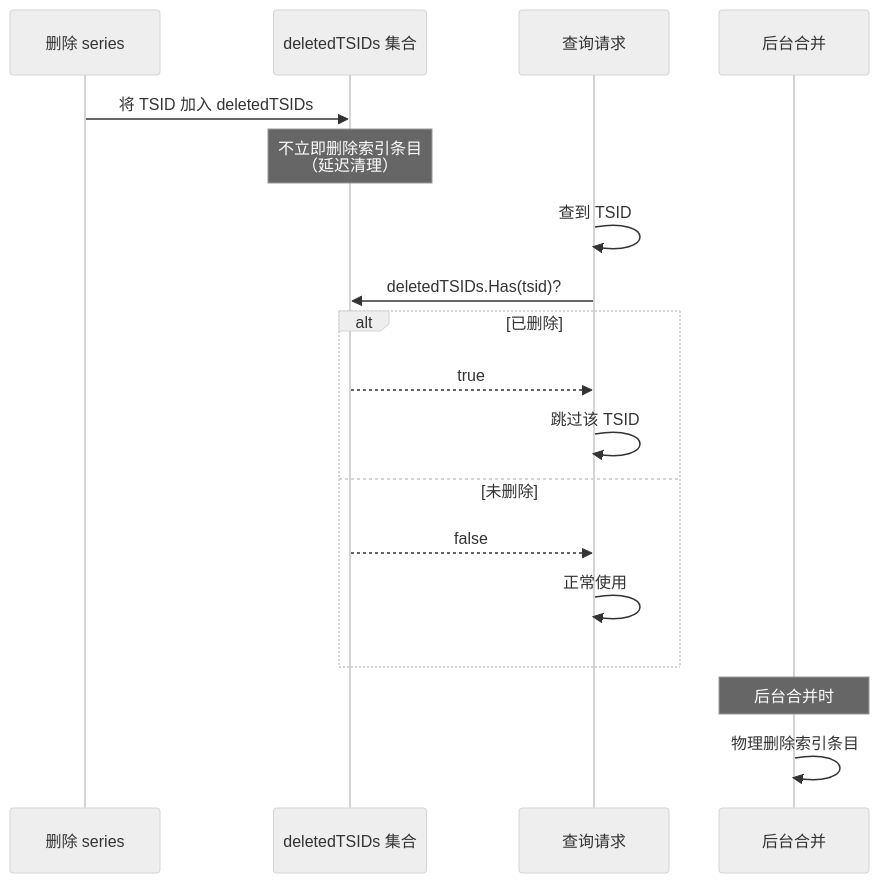
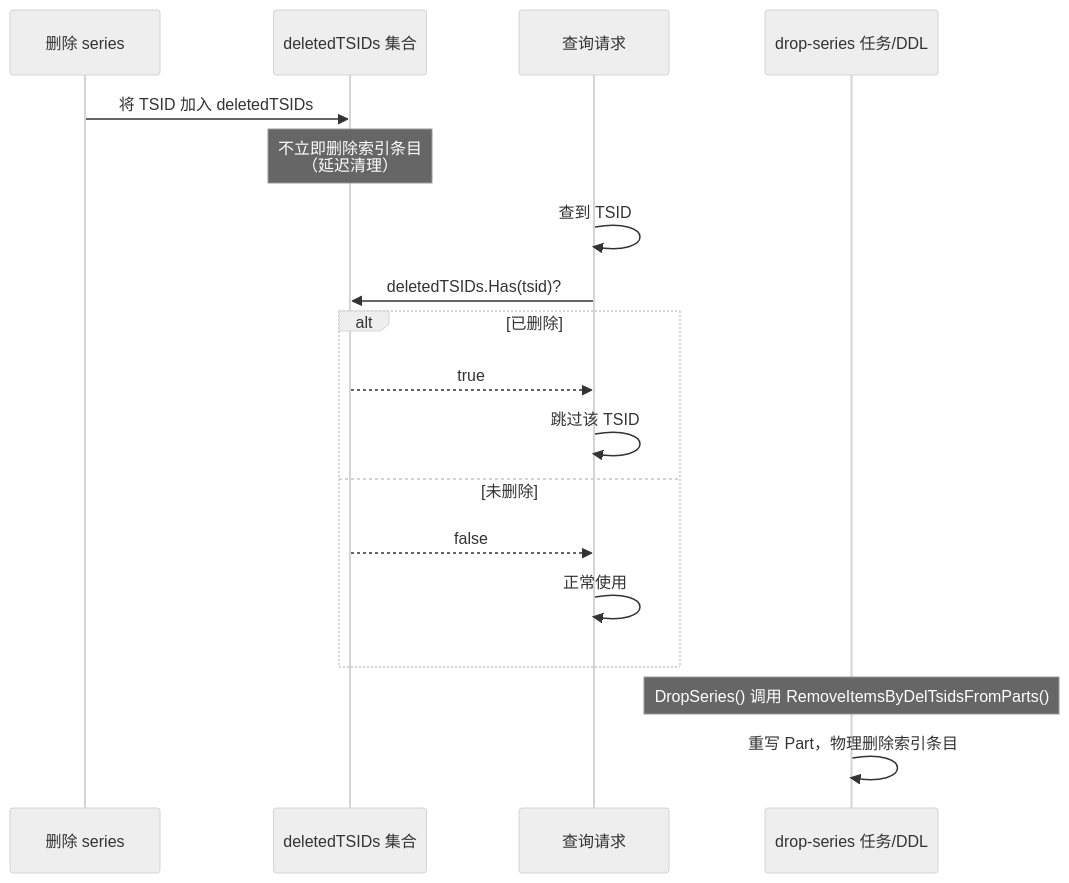
Diagram 31 of 47 in docs/specs/02_index_system_spec.md (stefanv5/openGemini), drawn with Mermaid (neutral theme) before and after one commit. The commit also changed other lines of this file and 37 other files, not shown here.

````diff
--- a/docs/specs/02_index_system_spec.md
+++ b/docs/specs/02_index_system_spec.md
@@ -2909,23 +3001,23 @@
 ```mermaid
 sequenceDiagram
     participant Delete as 删除 series
     participant Set as deletedTSIDs 集合
     participant Query as 查询请求
-    participant Compact as 后台合并
+    participant Drop as drop-series 任务/DDL
 
     Delete->>Set: 将 TSID 加入 deletedTSIDs
     Note over Set: 不立即删除索引条目<br/>（延迟清理）
 
     Query->>Query: 查到 TSID
     Query->>Set: deletedTSIDs.Has(tsid)?
     alt 已删除
         Set-->>Query: true
         Query->>Query: 跳过该 TSID
     else 未删除
         Set-->>Query: false
         Query->>Query: 正常使用
     end
 
-    Note over Compact: 后台合并时
-    Compact->>Compact: 物理删除索引条目
+    Note over Drop: DropSeries() 调用 RemoveItemsByDelTsidsFromParts()
+    Drop->>Drop: 重写 Part，物理删除索引条目
 ```
````
